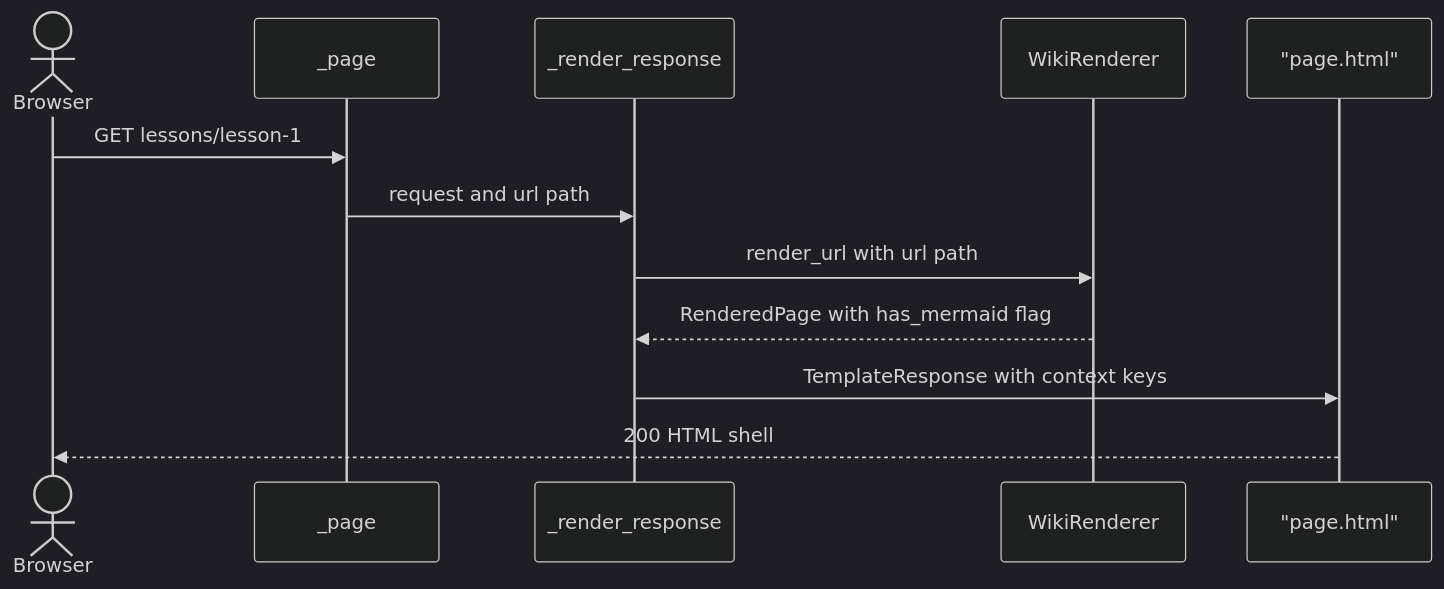
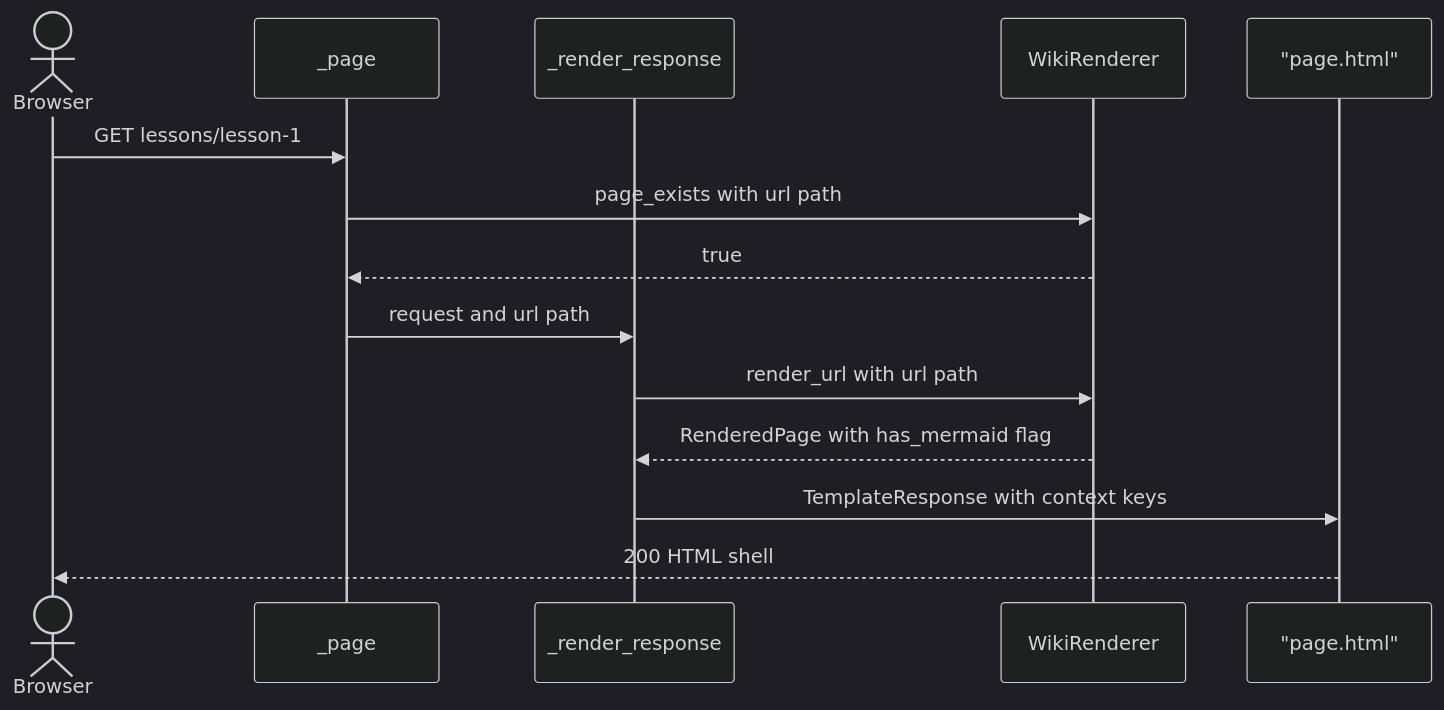
Before and after one commit to manuelagirre/mdwiki: the second of 9 diagrams in wiki/features/Page-Shell-and-Asset-Serving.md, drawn with Mermaid (dark theme). The commit also changed other lines of this file and 9 other files, not shown here.

````diff
--- a/wiki/features/Page-Shell-and-Asset-Serving.md
+++ b/wiki/features/Page-Shell-and-Asset-Serving.md
@@ -114,14 +116,16 @@
 ```mermaid
 sequenceDiagram
     actor Browser
     participant _page
     participant _render_response
     participant WikiRenderer
     participant PageHtml as "page.html"
     Browser->>_page: GET lessons/lesson-1
+    _page->>WikiRenderer: page_exists with url path
+    WikiRenderer-->>_page: true
     _page->>_render_response: request and url path
     _render_response->>WikiRenderer: render_url with url path
     WikiRenderer-->>_render_response: RenderedPage with has_mermaid flag
     _render_response->>PageHtml: TemplateResponse with context keys
     PageHtml-->>Browser: 200 HTML shell
 ```
````
